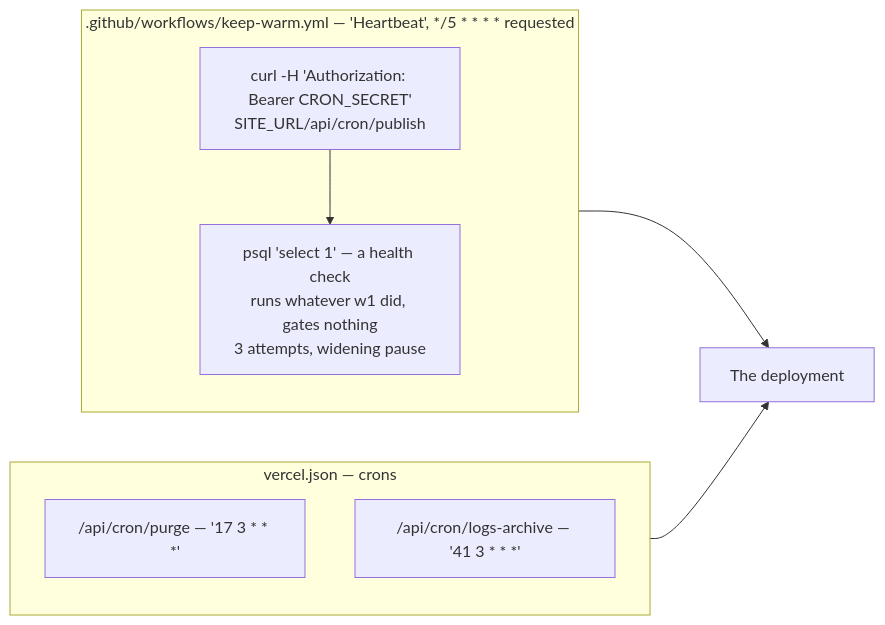
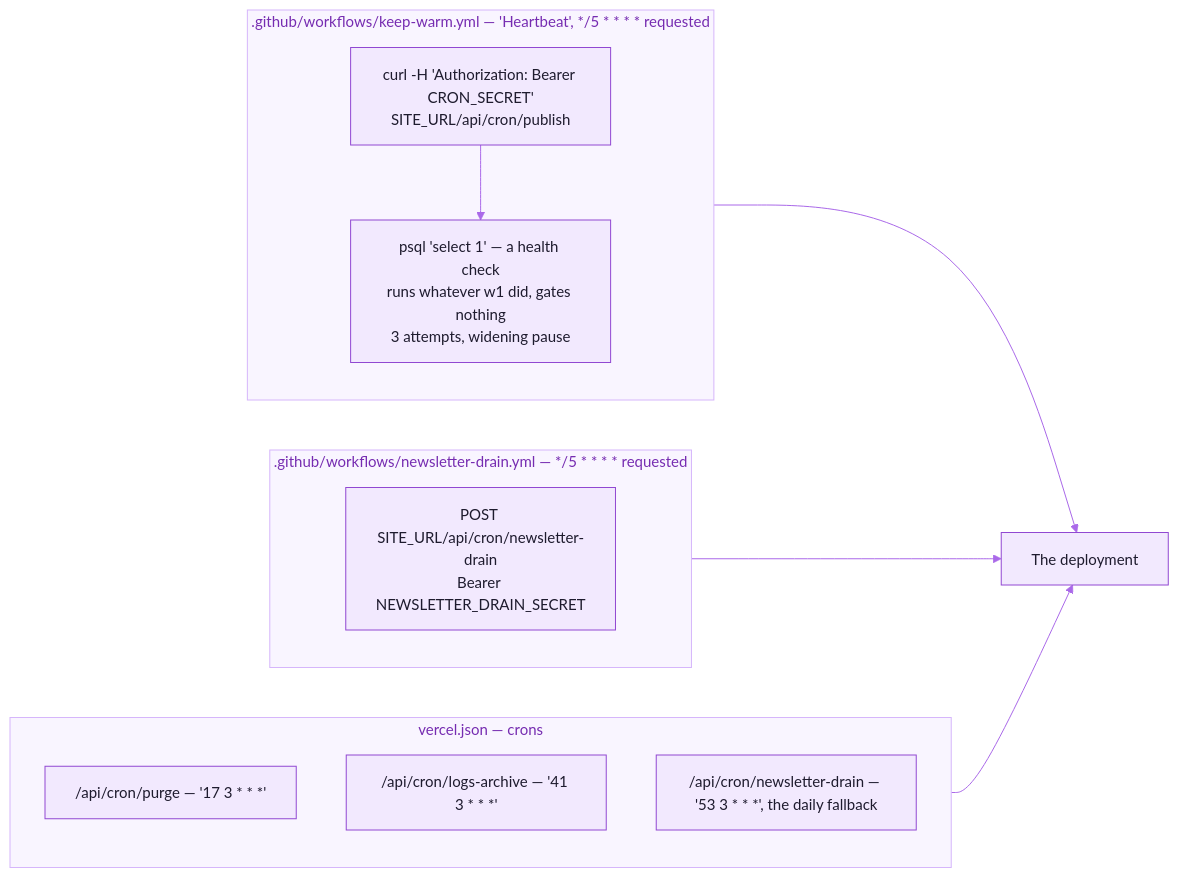
The tenth of 16 diagrams in docs/ARCHITECTURE.md (cxacraftecosystem-ui/cxa-cms), drawn with Mermaid before and after one commit. The commit also changed other lines of this file and 8 other files, not shown here.

Commit message:
README showcase on the kit, and every doc brought to the live state: four cron routes, SES, upload tickets, permanent account delete, CI coverage, closed newsletter items, themed diagrams

````diff
--- a/docs/ARCHITECTURE.md
+++ b/docs/ARCHITECTURE.md
@@ -431,14 +447,20 @@
 ```mermaid
+%%{init: {"theme":"base","themeVariables":{"fontFamily":"Inter, ui-sans-serif, system-ui, -apple-system, Segoe UI, Roboto, Helvetica, Arial, sans-serif","fontSize":"15px","primaryColor":"#F2E9FE","primaryTextColor":"#1E1B2E","primaryBorderColor":"#9148D2","secondaryColor":"#FAEECD","secondaryTextColor":"#1E1B2E","secondaryBorderColor":"#CD9200","tertiaryColor":"#F3F1FA","tertiaryTextColor":"#1E1B2E","tertiaryBorderColor":"#A7A3BC","mainBkg":"#F2E9FE","nodeBorder":"#9148D2","nodeTextColor":"#1E1B2E","lineColor":"#AA69E9","textColor":"#857F9E","edgeLabelBackground":"#F9F5FF","clusterBkg":"#F9F5FF","clusterBorder":"#D6B6FB","titleColor":"#762CB1","noteBkgColor":"#FAEECD","noteTextColor":"#1E1B2E","noteBorderColor":"#CD9200","actorBkg":"#F2E9FE","actorBorder":"#9148D2","actorTextColor":"#1E1B2E","actorLineColor":"#AA69E9","signalColor":"#AA69E9","signalTextColor":"#857F9E","labelBoxBkgColor":"#F2E9FE","labelBoxBorderColor":"#9148D2","labelTextColor":"#1E1B2E","loopTextColor":"#857F9E","activationBkgColor":"#E7D5FE","activationBorderColor":"#9148D2","sequenceNumberColor":"#FFFFFF","transitionColor":"#AA69E9","transitionLabelColor":"#857F9E","stateLabelColor":"#1E1B2E","stateBkg":"#F2E9FE","compositeBackground":"#F9F5FF","compositeTitleBackground":"#F2E9FE","attributeBackgroundColorOdd":"#FFFFFF","attributeBackgroundColorEven":"#F9F5FF","relationColor":"#AA69E9","relationLabelBackground":"#F9F5FF","relationLabelColor":"#1E1B2E"}}}%%
 flowchart LR
     subgraph gh[".github/workflows/keep-warm.yml — 'Heartbeat', */5 * * * * requested"]
         w1["curl -H 'Authorization: Bearer CRON_SECRET'<br/>SITE_URL/api/cron/publish"]
         w2["psql 'select 1' — a health check<br/>runs whatever w1 did, gates nothing<br/>3 attempts, widening pause"]
         w1 --> w2
     end
+    subgraph nd[".github/workflows/newsletter-drain.yml — */5 * * * * requested"]
+        n1["POST SITE_URL/api/cron/newsletter-drain<br/>Bearer NEWSLETTER_DRAIN_SECRET"]
+    end
     subgraph vj["vercel.json — crons"]
         v1["/api/cron/purge — '17 3 * * *'"]
         v2["/api/cron/logs-archive — '41 3 * * *'"]
+        v3["/api/cron/newsletter-drain — '53 3 * * *', the daily fallback"]
     end
     gh --> app["The deployment"]
+    nd --> app
     vj --> app
 ```
````
